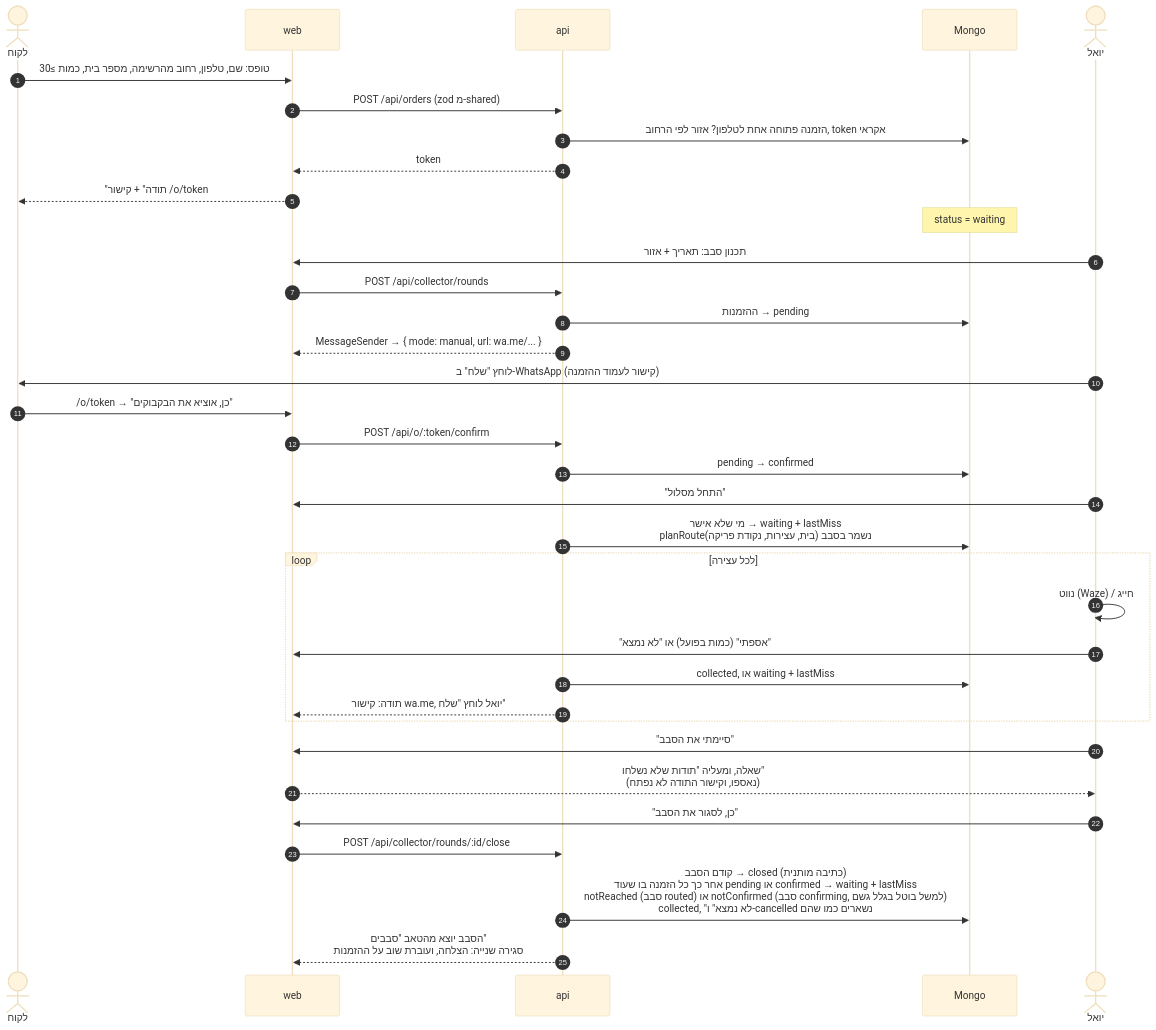
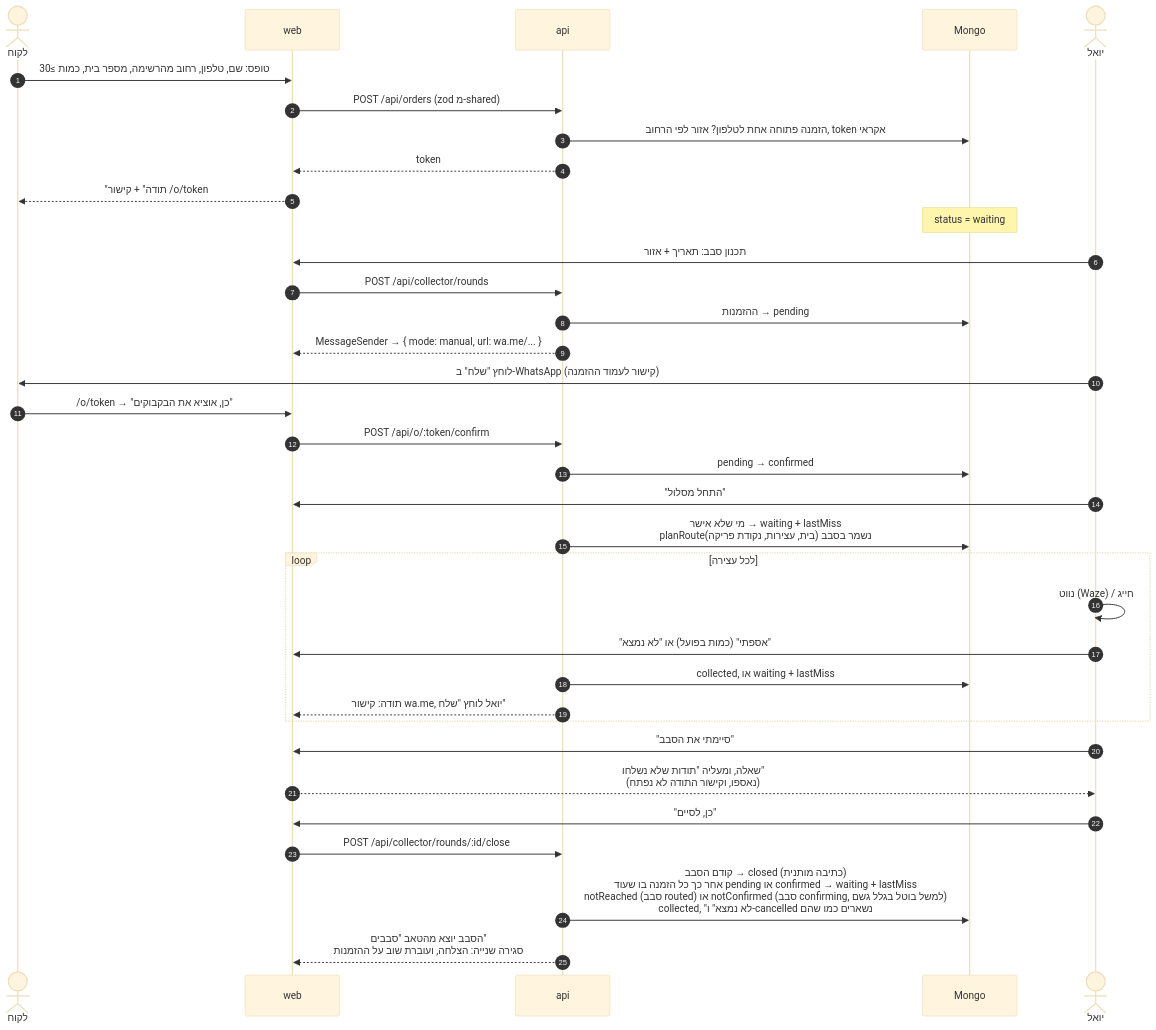
Before and after one commit to uriel-s/Latet-od: the second of 3 diagrams in ARCHITECTURE.md, drawn with Mermaid (base theme). The commit also changed other lines of this file and 3 other files, not shown here.

First line of the commit message:
Fix review findings: stale diagram line, glossary, pin build-route words

````diff
--- a/ARCHITECTURE.md
+++ b/ARCHITECTURE.md
@@ -64,41 +64,41 @@
 ```mermaid
 sequenceDiagram
     autonumber
     actor L as לקוח
     participant W as web
     participant A as api
     participant D as Mongo
     actor Y as יואל
 
     L->>W: טופס: שם, טלפון, רחוב מהרשימה, מספר בית, כמות ≥30
     W->>A: POST /api/orders (zod מ-shared)
     A->>D: הזמנה פתוחה אחת לטלפון? אזור לפי הרחוב, token אקראי
     A-->>W: token
     W-->>L: "תודה" + קישור /o/token
     Note over D: status = waiting
 
     Y->>W: תכנון סבב: תאריך + אזור
     W->>A: POST /api/collector/rounds
     A->>D: ההזמנות → pending
     A-->>W: MessageSender → { mode: manual, url: wa.me/... }
     Y->>L: לוחץ "שלח" ב-WhatsApp (קישור לעמוד ההזמנה)
 
     L->>W: /o/token → "כן, אוציא את הבקבוקים"
     W->>A: POST /api/o/:token/confirm
     A->>D: pending → confirmed
 
     Y->>W: "התחל מסלול"
     A->>D: מי שלא אישר → waiting + lastMiss<br/>planRoute(בית, עצירות, נקודת פריקה) נשמר בסבב
     loop לכל עצירה
         Y->>Y: נווט (Waze) / חייג
         Y->>W: "אספתי" (כמות בפועל) או "לא נמצא"
         A->>D: collected, או waiting + lastMiss
         A-->>W: תודה: קישור wa.me, יואל לוחץ "שלח"
     end
     Y->>W: "סיימתי את הסבב"
     W-->>Y: שאלה, ומעליה "תודות שלא נשלחו"<br/>(נאספו, וקישור התודה לא נפתח)
-    Y->>W: "כן, לסגור את הסבב"
+    Y->>W: "כן, לסיים"
     W->>A: POST /api/collector/rounds/:id/close
     A->>D: קודם הסבב → closed (כתיבה מותנית)<br/>אחר כך כל הזמנה בו שעוד pending או confirmed → waiting + lastMiss<br/>notReached (סבב routed) או notConfirmed (סבב confirming, למשל בוטל בגלל גשם)<br/>collected, "לא נמצא" ו-cancelled נשארים כמו שהם
     A-->>W: הסבב יוצא מהטאב "סבבים"<br/>סגירה שנייה: הצלחה, ועוברת שוב על ההזמנות
 ```
````
